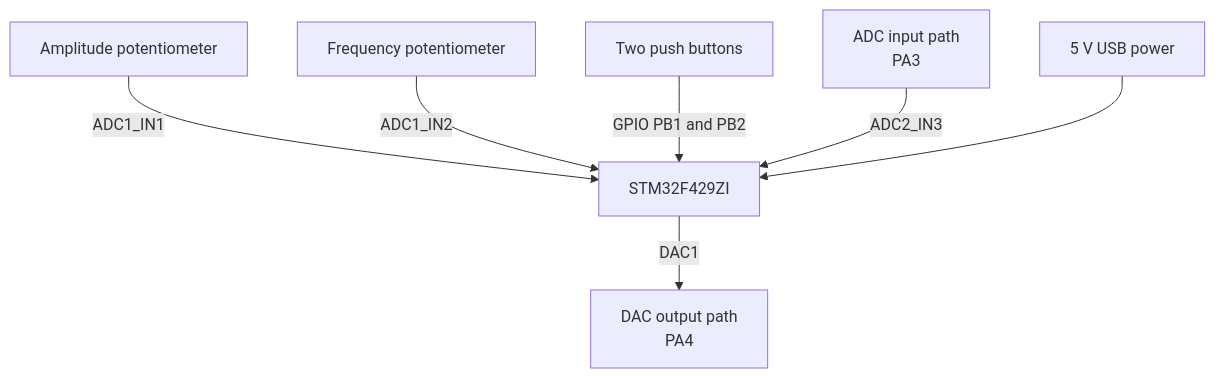
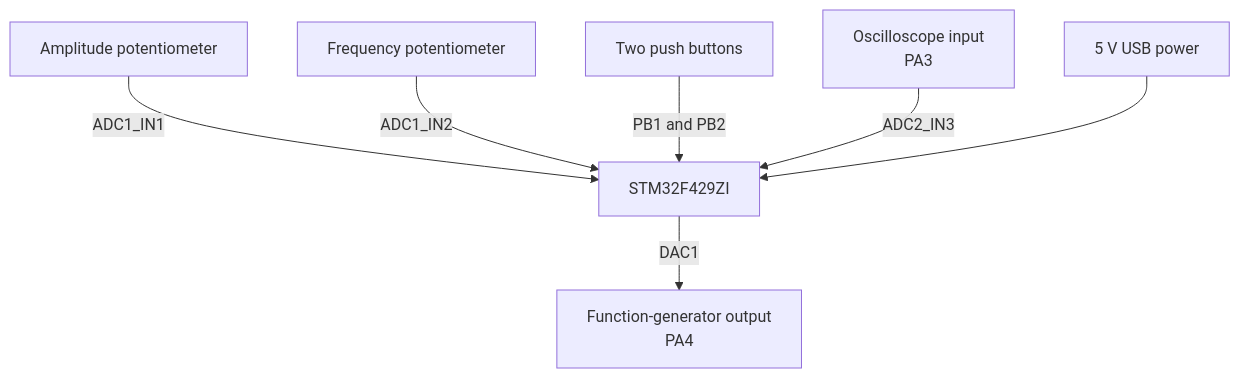
One commit to MusaabTaha/EduScope changed the third of 6 diagrams in README.md. Above: the diagram before and after it, drawn with Mermaid. The commit also changed other lines of this file, not shown here.

````diff
--- a/README.md
+++ b/README.md
@@ -185,19 +200,19 @@
 ```mermaid
 flowchart TB
     USB[5 V USB power]
     MCU[STM32F429ZI]
 
     POT_A[Amplitude potentiometer]
     POT_F[Frequency potentiometer]
     BUTTONS[Two push buttons]
 
-    DAC_PATH[DAC output path\nPA4]
-    SCOPE_PATH[ADC input path\nPA3]
+    DAC_PATH[Function-generator output<br>PA4]
+    SCOPE_PATH[Oscilloscope input<br>PA3]
 
     POT_A -->|ADC1_IN1| MCU
     POT_F -->|ADC1_IN2| MCU
-    BUTTONS -->|GPIO PB1 and PB2| MCU
+    BUTTONS -->|PB1 and PB2| MCU
     MCU -->|DAC1| DAC_PATH
     SCOPE_PATH -->|ADC2_IN3| MCU
     USB --> MCU
 ```
````
